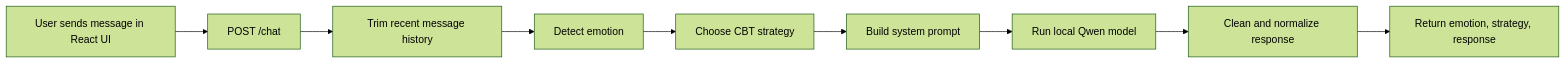
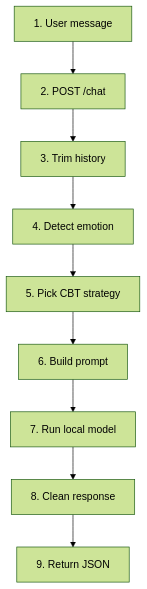
Before and after one commit to omarsurf/AuraCBT: the first of 2 diagrams in README.md, drawn with Mermaid (forest theme). The commit also changed other lines of this file, not shown here.

````diff
--- a/README.md
+++ b/README.md
@@ -32,11 +32,11 @@
 ```mermaid
-flowchart LR
-    A[User sends message in React UI] --> B[POST /chat]
-    B --> C[Trim recent message history]
-    C --> D[Detect emotion]
-    D --> E[Choose CBT strategy]
-    E --> F[Build system prompt]
-    F --> G[Run local Qwen model]
-    G --> H[Clean and normalize response]
-    H --> I[Return emotion, strategy, response]
+flowchart TD
+    A[1. User message] --> B[2. POST /chat]
+    B --> C[3. Trim history]
+    C --> D[4. Detect emotion]
+    D --> E[5. Pick CBT strategy]
+    E --> F[6. Build prompt]
+    F --> G[7. Run local model]
+    G --> H[8. Clean response]
+    H --> I[9. Return JSON]
 ```
````
